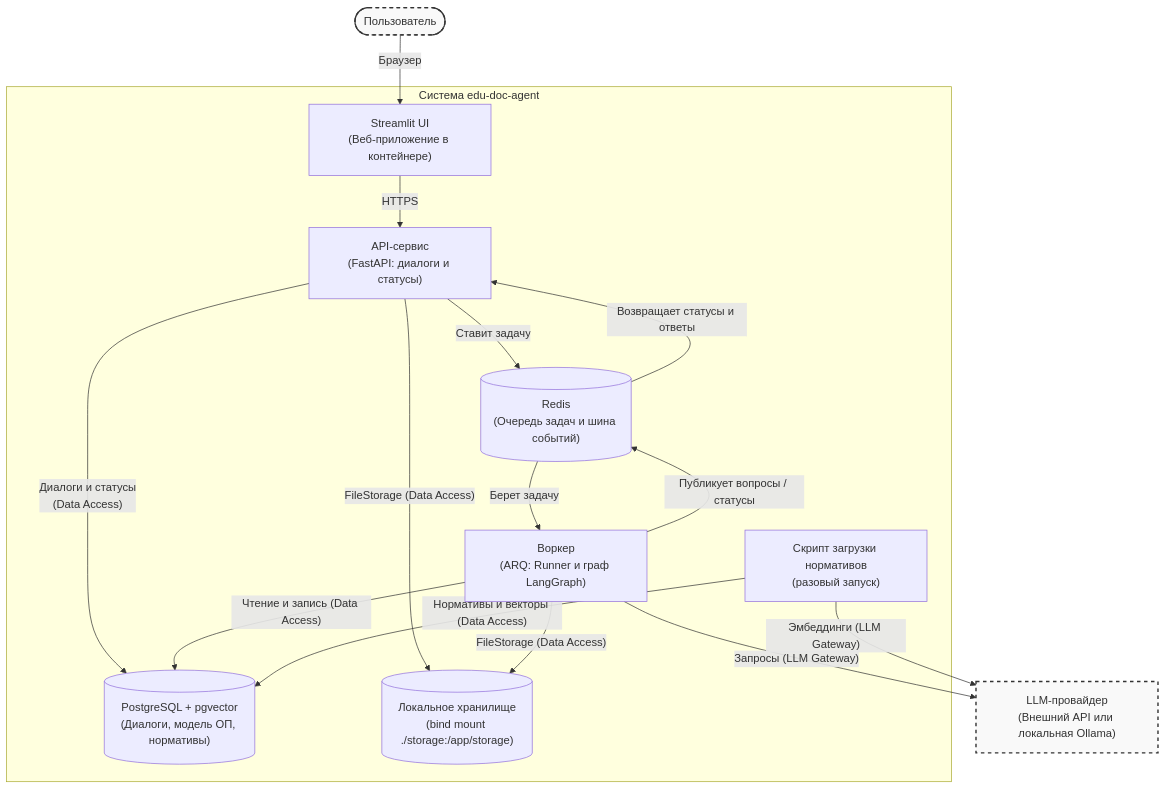
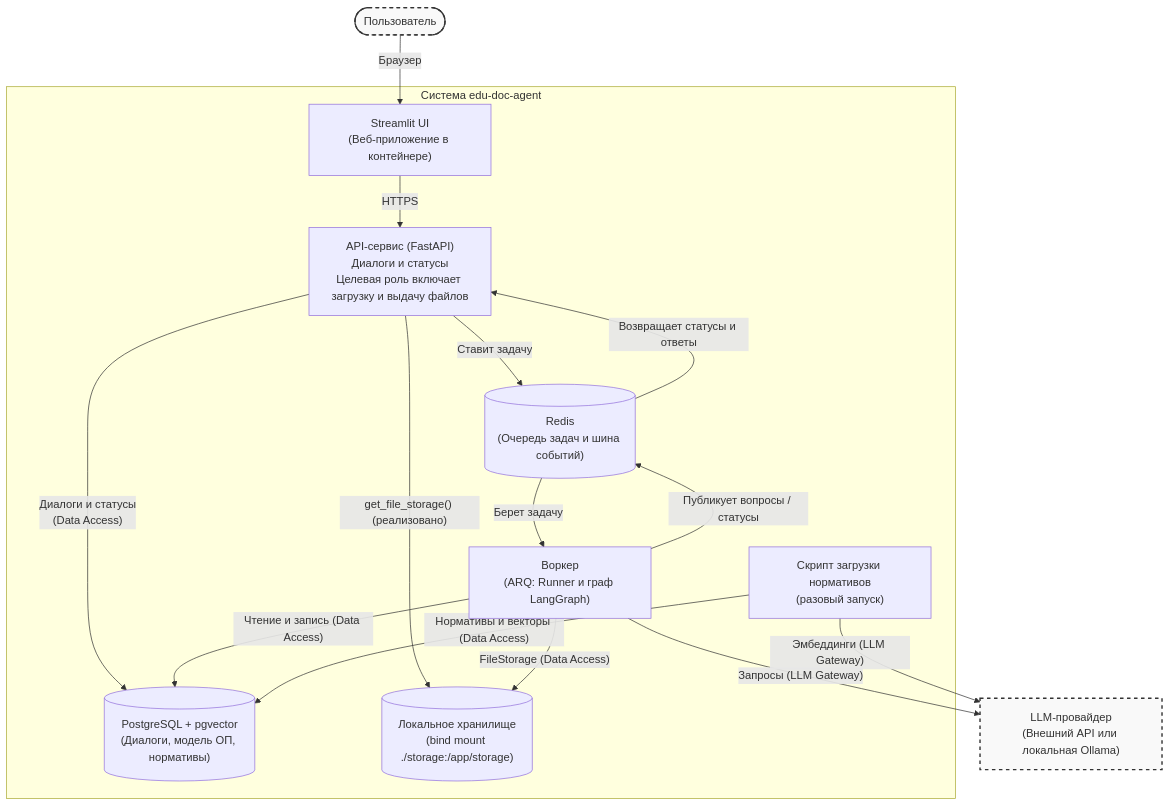
The second of 3 diagrams in docs/backend-architecture.md (citec-spbu/edu-doc-agent), drawn with Mermaid before and after one commit. The commit also changed other lines of this file and 3 other files, not shown here.

````diff
--- a/docs/backend-architecture.md
+++ b/docs/backend-architecture.md
@@ -59,37 +59,37 @@
 ```mermaid
 flowchart TB
     USER(["Пользователь"])
 
     subgraph System ["Система edu-doc-agent"]
         UI["Streamlit UI<br/>(Веб-приложение в контейнере)"]
-        API["API-сервис<br/>(FastAPI: диалоги и статусы)"]
+        API["API-сервис (FastAPI)<br/>Диалоги и статусы<br/>Целевая роль включает загрузку и выдачу файлов"]
         REDIS[("Redis<br/>(Очередь задач и шина событий)")]
 
         WORKER["Воркер<br/>(ARQ: Runner и граф LangGraph)"]
         SEED["Скрипт загрузки нормативов<br/>(разовый запуск)"]
 
         DB[("PostgreSQL + pgvector<br/>(Диалоги, модель ОП, нормативы)")]
         FS[("Локальное хранилище<br/>(bind mount ./storage:/app/storage)")]
     end
 
     LLM["LLM-провайдер<br/>(Внешний API или локальная Ollama)"]
 
     USER -- "Браузер" --> UI
     UI -- "HTTPS" --> API
     API -- "Ставит задачу" --> REDIS
     REDIS -- "Берет задачу" --> WORKER
     WORKER -- "Публикует вопросы / статусы" --> REDIS
     REDIS -- "Возвращает статусы и ответы" --> API
 
-    API -- "FileStorage (Data Access)" --> FS
+    API -- "get_file_storage() (реализовано)" --> FS
     API -- "Диалоги и статусы<br/>(Data Access)" --> DB
     WORKER -- "Чтение и запись (Data Access)" --> DB
     WORKER -- "FileStorage (Data Access)" --> FS
     WORKER -- "Запросы (LLM Gateway)" --> LLM
     SEED -- "Нормативы и векторы (Data Access)" --> DB
     SEED -- "Эмбеддинги (LLM Gateway)" --> LLM
 
     classDef external fill:#f9f9f9,stroke:#333,stroke-width:2px,stroke-dasharray: 5 5;
     class USER,LLM external;
 
 ```
````
